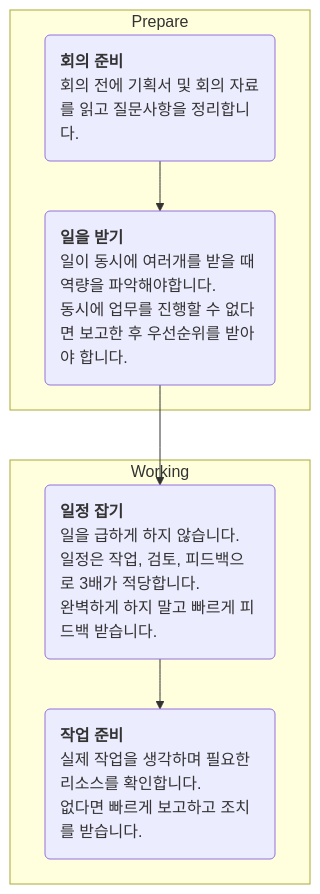
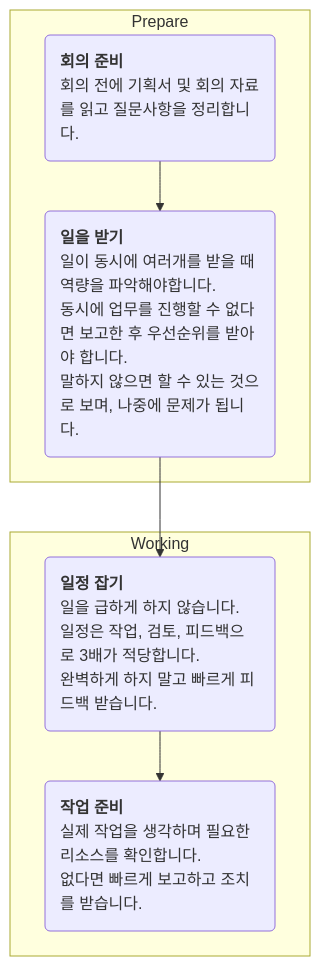
One commit to barryclark/jekyll-now changed the diagram in _includes/_shared_block/_HowToWork/GetTask.md. Above: the diagram before and after it, drawn with Mermaid. The commit also changed 11 other files, not shown here.

````diff
--- a/_includes/_shared_block/_HowToWork/GetTask.md
+++ b/_includes/_shared_block/_HowToWork/GetTask.md
@@ -3,17 +3,17 @@
 ```mermaid
 graph TD
 
 subgraph Prepare
     PrepareMeeting(<div align=left><b>회의 준비</b><br>회의 전에 기획서 및 회의 자료를 읽고 질문사항을 정리합니다.</div>)
-    GetTask(<div align=left><b>일을 받기</b><br>일이 동시에 여러개를 받을 때 역량을 파악해야합니다.<br>동시에 업무를 진행할 수 없다면 보고한 후 우선순위를 받아야 합니다.</div>)
+    GetTask(<div align=left><b>일을 받기</b><br>일이 동시에 여러개를 받을 때 역량을 파악해야합니다.<br>동시에 업무를 진행할 수 없다면 보고한 후 우선순위를 받아야 합니다.<br>말하지 않으면 할 수 있는 것으로 보며, 나중에 문제가 됩니다.</div>)
 end
 
 subgraph Working
     CreateSchedule(<div align=left><b>일정 잡기</b><br>일을 급하게 하지 않습니다.<br>일정은 작업, 검토, 피드백으로 3배가 적당합니다.<br>완벽하게 하지 말고 빠르게 피드백 받습니다.</div>)
     PrepareTask(<div align=left><b>작업 준비</b><br>실제 작업을 생각하며 필요한 리소스를 확인합니다.<br>없다면 빠르게 보고하고 조치를 받습니다.</div>)
 end
 
 PrepareMeeting --> GetTask
 GetTask --> CreateSchedule
 CreateSchedule --> PrepareTask
 ```
````
